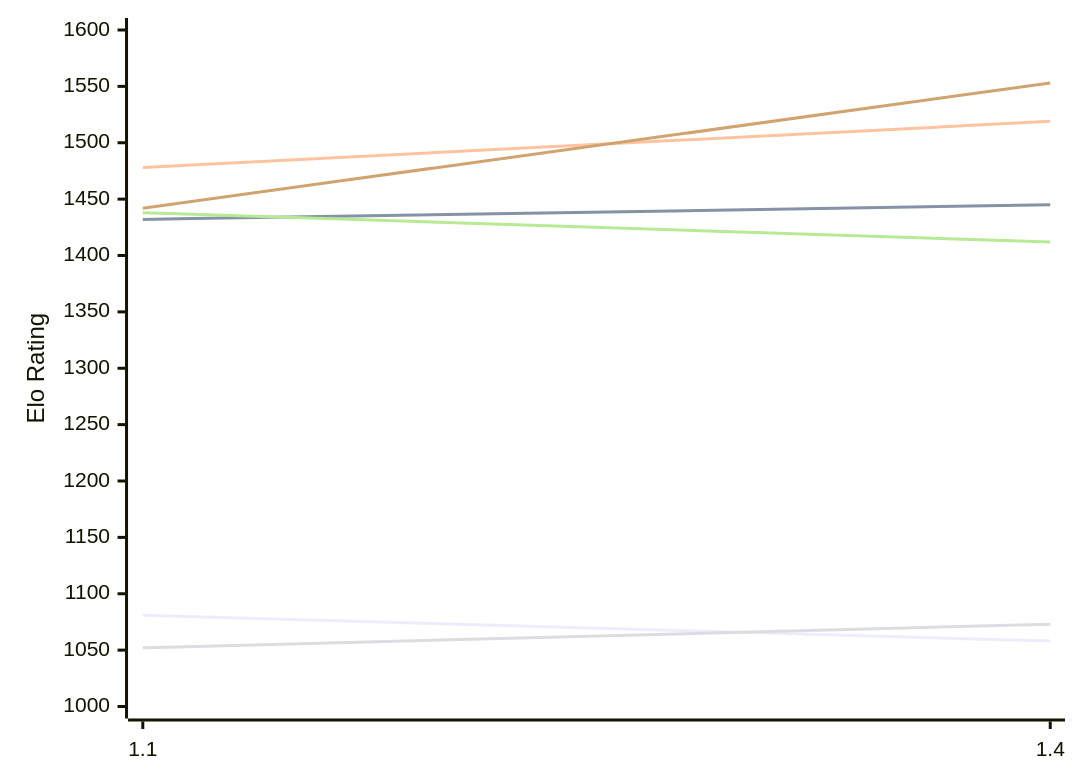
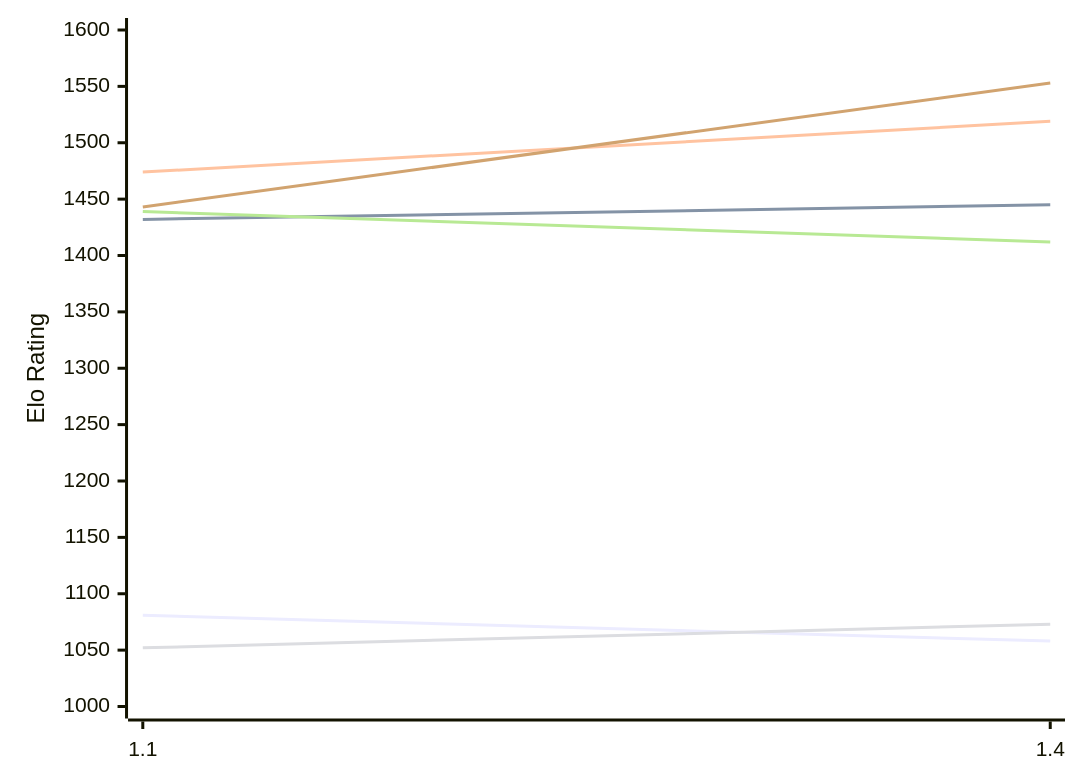
One commit to computer-chess-index/cci changed the first of 2 diagrams in engines/USunfish.md. Above: the diagram before and after it, drawn with Mermaid. The commit also changed other lines of this file, not shown here.

Commit message:
Update CCI Ratings (ELO VLTC) - 2026-11-28

````diff
--- a/engines/USunfish.md
+++ b/engines/USunfish.md
@@ -50,12 +50,12 @@
 ```mermaid
 %%{init: {"theme":"base","themeVariables":{"seriesColors:['#a3a3a3','#222221','#faa371']}}}%%
 xychart-beta
   x-axis ["1.1", "1.4"]
   y-axis "Elo Rating" 1000 --> 1600
   line "E1: STC (8.0+0.08s)" [1081, 1058]
   line "E1: LTC (60.0+0.60s)" [1432, 1445]
-  line "E1: VLTC (2m24s+1.12s)" [1478, 1519]
+  line "E1: VLTC (2m24s+1.12s)" [1474, 1519]
   line "P1: STC (8.0+0.08s)" [1052, 1073]
-  line "P1: LTC (60.0+0.60s)" [1438, 1412]
-  line "P1: VLTC (2m24s+1.12s)" [1442, 1553]
+  line "P1: LTC (60.0+0.60s)" [1439, 1412]
+  line "P1: VLTC (2m24s+1.12s)" [1443, 1553]
 ```
````
